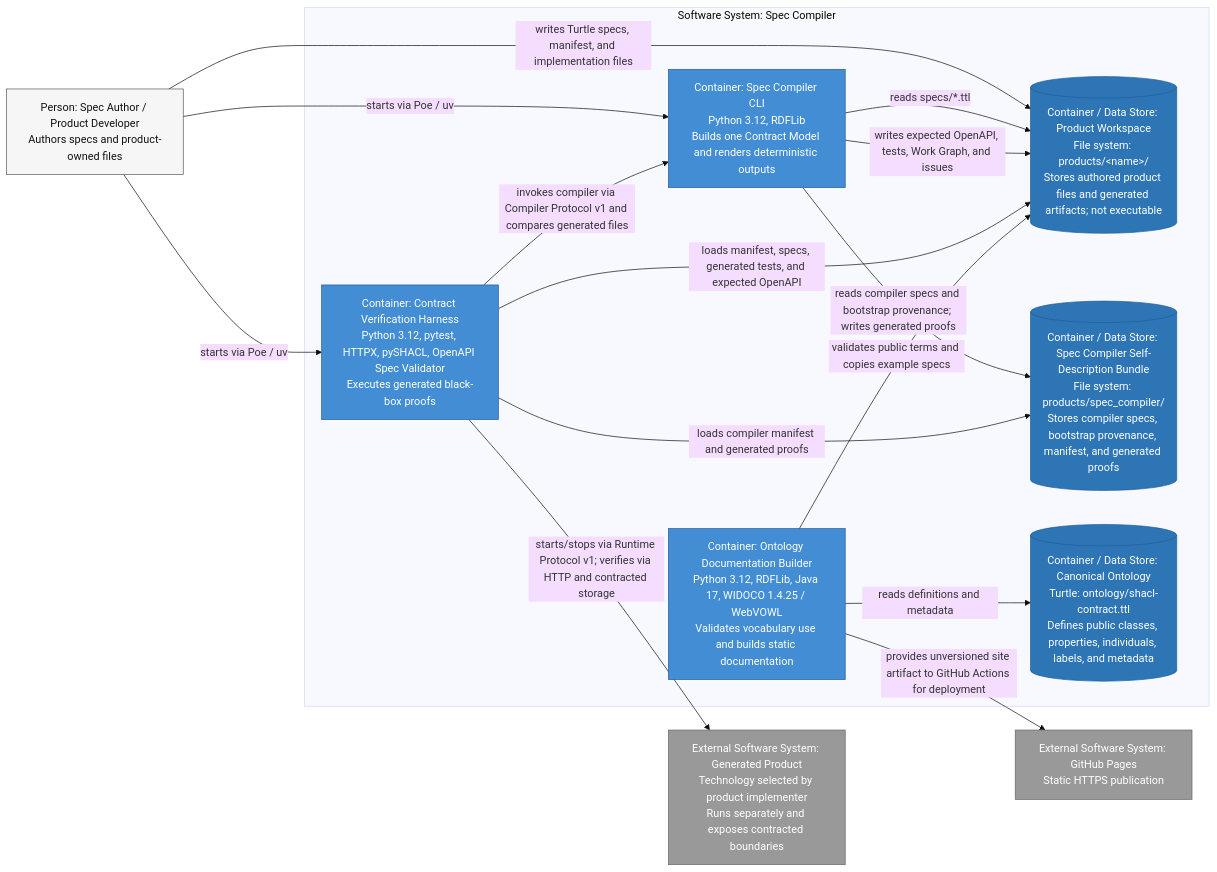
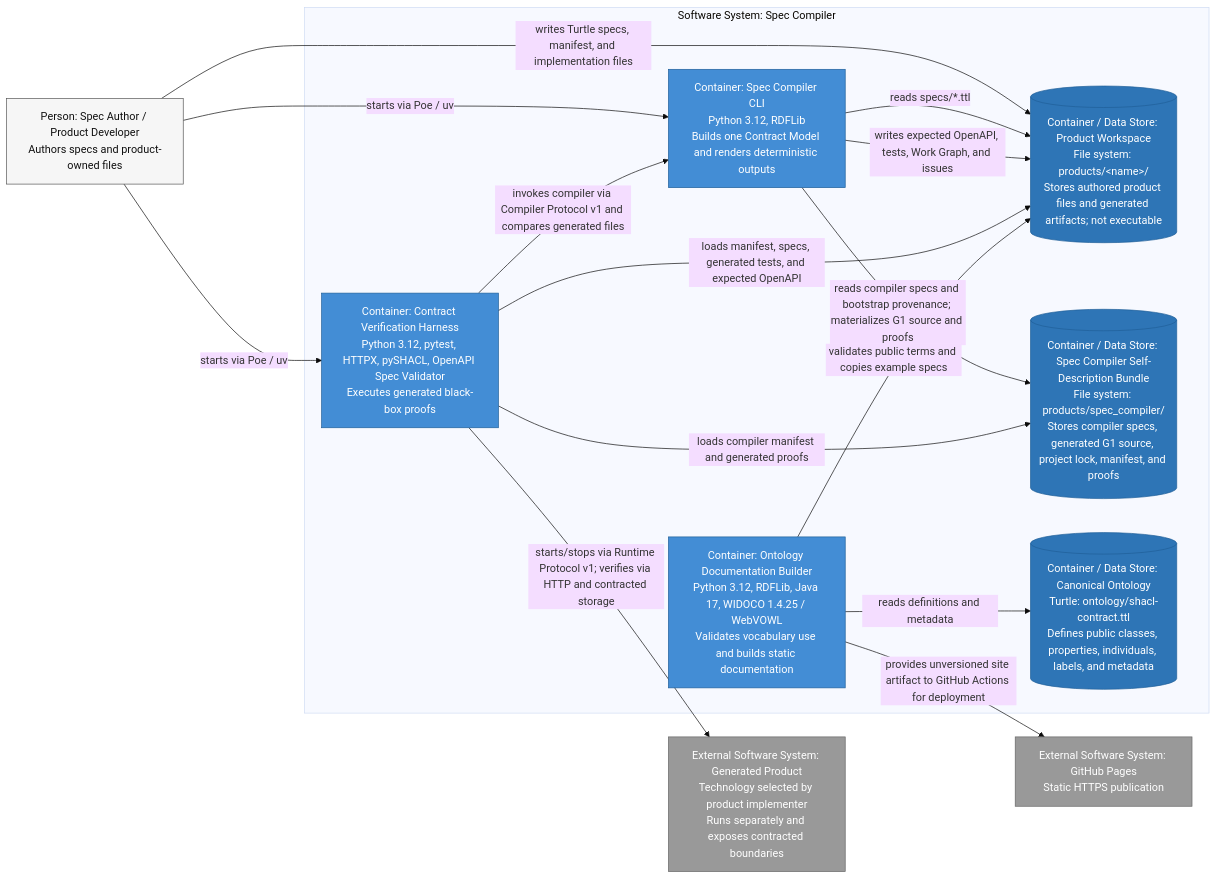
Before and after one commit to arturmiller/spec-compiler: the second of 5 diagrams in docs/architecture/c4.md, drawn with Mermaid (base theme). The commit also changed other lines of this file and 26 other files, not shown here.

Commit message:
Bootstrap an executable Spec Compiler generation

````diff
--- a/docs/architecture/c4.md
+++ b/docs/architecture/c4.md
@@ -72,39 +72,39 @@
 ```mermaid
 flowchart LR
     author["Person: Spec Author / Product Developer<br/>Authors specs and product-owned files"]
 
     subgraph tool_boundary["Software System: Spec Compiler"]
         compiler["Container: Spec Compiler CLI<br/>Python 3.12, RDFLib<br/>Builds one Contract Model and renders deterministic outputs"]
         harness["Container: Contract Verification Harness<br/>Python 3.12, pytest, HTTPX, pySHACL, OpenAPI Spec Validator<br/>Executes generated black-box proofs"]
         docs_builder["Container: Ontology Documentation Builder<br/>Python 3.12, RDFLib, Java 17, WIDOCO 1.4.25 / WebVOWL<br/>Validates vocabulary use and builds static documentation"]
         workspace[("Container / Data Store: Product Workspace<br/>File system: products/&lt;name&gt;/<br/>Stores authored product files and generated artifacts; not executable")]
-        selfdesc[("Container / Data Store: Spec Compiler Self-Description Bundle<br/>File system: products/spec_compiler/<br/>Stores compiler specs, bootstrap provenance, manifest, and generated proofs")]
+        selfdesc[("Container / Data Store: Spec Compiler Self-Description Bundle<br/>File system: products/spec_compiler/<br/>Stores compiler specs, generated G1 source, project lock, manifest, and proofs")]
         ontology[("Container / Data Store: Canonical Ontology<br/>Turtle: ontology/shacl-contract.ttl<br/>Defines public classes, properties, individuals, labels, and metadata")]
     end
 
     product["External Software System: Generated Product<br/>Technology selected by product implementer<br/>Runs separately and exposes contracted boundaries"]
     pages["External Software System: GitHub Pages<br/>Static HTTPS publication"]
 
     author -->|"writes Turtle specs, manifest, and implementation files"| workspace
     author -->|"starts via Poe / uv"| compiler
     author -->|"starts via Poe / uv"| harness
     compiler -->|"reads specs/*.ttl"| workspace
     compiler -->|"writes expected OpenAPI, tests, Work Graph, and issues"| workspace
-    compiler -->|"reads compiler specs and bootstrap provenance; writes generated proofs"| selfdesc
+    compiler -->|"reads compiler specs and bootstrap provenance; materializes G1 source and proofs"| selfdesc
     harness -->|"loads manifest, specs, generated tests, and expected OpenAPI"| workspace
     harness -->|"starts/stops via Runtime Protocol v1; verifies via HTTP and contracted storage"| product
     harness -->|"invokes compiler via Compiler Protocol v1 and compares generated files"| compiler
     harness -->|"loads compiler manifest and generated proofs"| selfdesc
     docs_builder -->|"reads definitions and metadata"| ontology
     docs_builder -->|"validates public terms and copies example specs"| workspace
     docs_builder -->|"provides unversioned site artifact to GitHub Actions for deployment"| pages
 
     classDef person fill:#f6f6f6,stroke:#555,color:#111;
     classDef container fill:#438dd5,stroke:#1f5f99,color:#fff;
     classDef datastore fill:#2e75b6,stroke:#1f5f99,color:#fff;
     classDef external fill:#999,stroke:#666,color:#fff;
     class author person;
     class compiler,harness,docs_builder container;
     class workspace,selfdesc,ontology datastore;
     class product,pages external;
 ```
````
